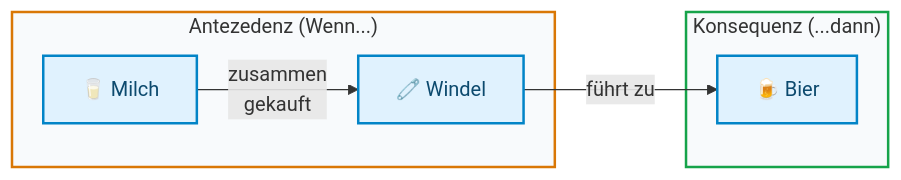
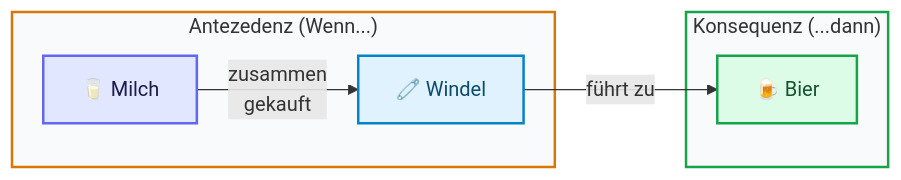
One commit to ralf-42/ML_Intro changed the second of 5 diagrams in docs/concepts/modeling/apriori.md. Above: the diagram before and after it, drawn with Mermaid. The commit also changed 49 other files, not shown here.

````diff
--- a/docs/concepts/modeling/apriori.md
+++ b/docs/concepts/modeling/apriori.md
@@ -75,18 +75,24 @@
 ```mermaid
 flowchart LR
     subgraph Antezedenz["Antezedenz (Wenn...)"]
         A["🥛 Milch"]
         B["🧷 Windel"]
     end
     
     subgraph Konsequenz["Konsequenz (...dann)"]
         C["🍺 Bier"]
     end
     
     A --> |"zusammen<br>gekauft"| B
     B --> |"führt zu"| C
 
-    classDef default fill:#e0f2fe,stroke:#0284c7,stroke-width:2px,color:#0c4a6e;
     style Antezedenz fill:#f8fafc,stroke:#d97706,stroke-width:2px
     style Konsequenz fill:#f8fafc,stroke:#16a34a,stroke-width:2px
+
+    classDef default fill:#e0f2fe,stroke:#0284c7,stroke-width:2px,color:#0c4a6e;
+    classDef input fill:#e0e7ff,stroke:#6366f1,stroke-width:2px,color:#1e1b4b;
+    classDef output fill:#dcfce7,stroke:#16a34a,stroke-width:2px,color:#14532d;
+
+    class A input;
+    class C output;
 ```
````
